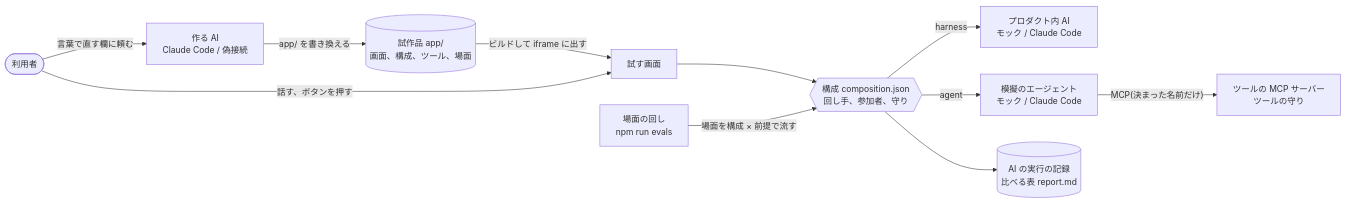
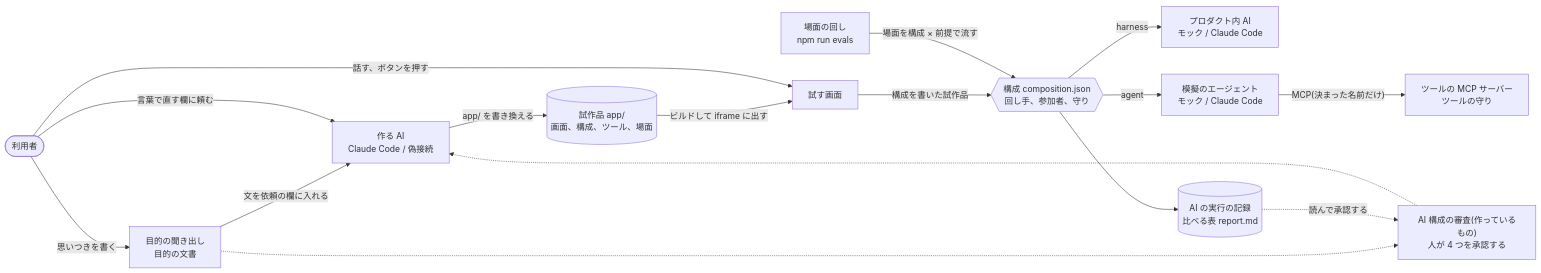
The diagram in README.md (jyoka/agent-prototype-studio), drawn with Mermaid before and after one commit. The commit also changed other lines of this file and 18 other files, not shown here.

````diff
--- a/README.md
+++ b/README.md
@@ -23,13 +23,17 @@
 ```mermaid
 flowchart LR
-    you(["利用者"]) -- "言葉で直す欄に頼む" --> maker["作る AI<br/>Claude Code / 偽接続"]
+    you(["利用者"]) -- "思いつきを書く" --> intent["目的の聞き出し<br/>目的の文書"]
+    intent -- "文を依頼の欄に入れる" --> maker
+    intent -.-> review["AI 構成の審査(作っているもの)<br/>人が 4 つを承認する"] -.-> maker
+    you -- "言葉で直す欄に頼む" --> maker["作る AI<br/>Claude Code / 偽接続"]
     maker -- "app/ を書き換える" --> app[("試作品 app/<br/>画面、構成、ツール、場面")]
     app -- "ビルドして iframe に出す" --> try["試す画面"]
     you -- "話す、ボタンを押す" --> try
-    try --> comp{{"構成 composition.json<br/>回し手、参加者、守り"}}
+    try -- "構成を書いた試作品" --> comp{{"構成 composition.json<br/>回し手、参加者、守り"}}
     evals["場面の回し<br/>npm run evals"] -- "場面を構成 × 前提で流す" --> comp
     comp -- "harness" --> pai["プロダクト内 AI<br/>モック / Claude Code"]
     comp -- "agent" --> sim["模擬のエージェント<br/>モック / Claude Code"]
     sim -- "MCP(決まった名前だけ)" --> tools["ツールの MCP サーバー<br/>ツールの守り"]
     comp --> trace[("AI の実行の記録<br/>比べる表 report.md")]
+    trace -. "読んで承認する" .-> review
 ```
````
